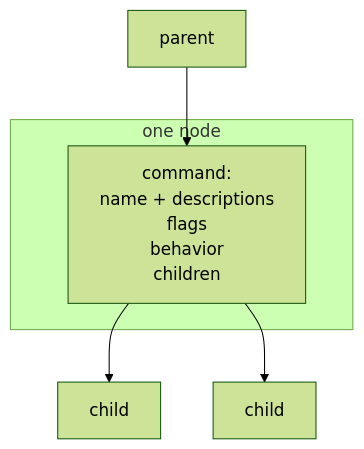
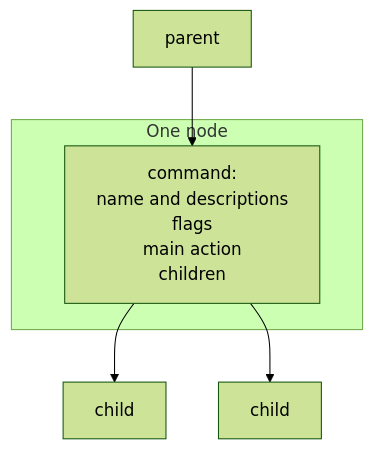
One commit to KeunwooPark/cluedoc changed the second of 4 diagrams in docs/examples/cobra/.cluedoc/command-tree/README.md. Above: the diagram before and after it, drawn with Mermaid (forest theme). The commit also changed other lines of this file and 22 other files, not shown here.

````diff
--- a/docs/examples/cobra/.cluedoc/command-tree/README.md
+++ b/docs/examples/cobra/.cluedoc/command-tree/README.md
@@ -41,13 +41,13 @@
 ```mermaid
 flowchart TD
-    subgraph "one node"
+    subgraph NODE ["One node"]
     N["command:
-    name + descriptions
+    name and descriptions
     flags
-    behavior
+    main action
     children"]
     end
     P["parent"] --> N
     N --> C1["child"]
     N --> C2["child"]
 ```
````
